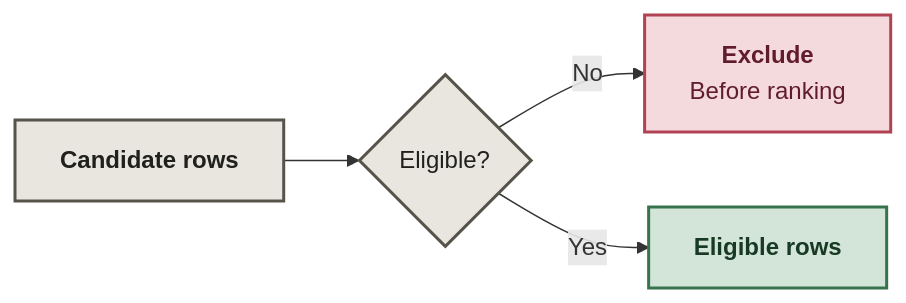
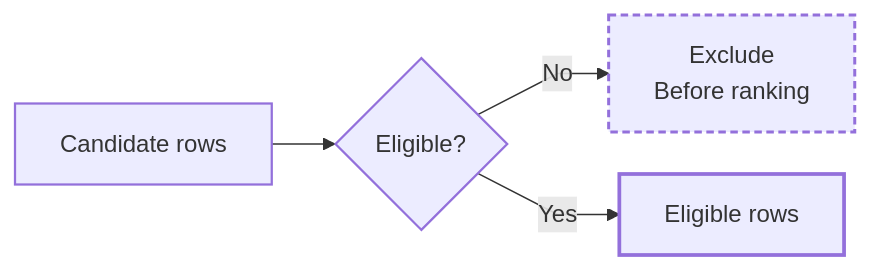
The first of 2 diagrams in README.md (Niyam-Paneru/temporal-memory-core), drawn with Mermaid before and after one commit. The commit also changed other lines of this file, not shown here.

Commit message:
Improve Mermaid layout and light-dark theme readability

````diff
--- a/README.md
+++ b/README.md
@@ -13,12 +13,21 @@
 ```mermaid
+---
+config:
+  flowchart:
+    curve: linear
+    nodeSpacing: 28
+    rankSpacing: 42
+---
 flowchart LR
-    A["<b>Candidate rows</b>"] --> E{"Eligible?"}
-    E -- No --> X["<b>Exclude</b><br/>Before ranking"]
-    E -- Yes --> F["<b>Eligible rows</b>"]
-    classDef input fill:#e8e6df,stroke:#55534a,color:#20201d,stroke-width:2px;
-    classDef pass fill:#d2e5d8,stroke:#38734d,color:#183923,stroke-width:2px;
-    classDef stop fill:#f4dadd,stroke:#b14253,color:#611c29,stroke-width:2px;
+    accTitle: Eligibility: decide what may enter retrieval
+    accDescr: Decision flow for eligibility: decide what may enter retrieval.
+    A["Candidate rows"] --> E{"Eligible?"}
+    E -- No --> X["Exclude<br/>Before ranking"]
+    E -- Yes --> F["Eligible rows"]
+    classDef input stroke-width:1.5px;
+    classDef pass stroke-width:2.5px;
+    classDef stop stroke-width:2px,stroke-dasharray:5 3;
     class A,E input;
     class F pass;
     class X stop;
 ```
````
